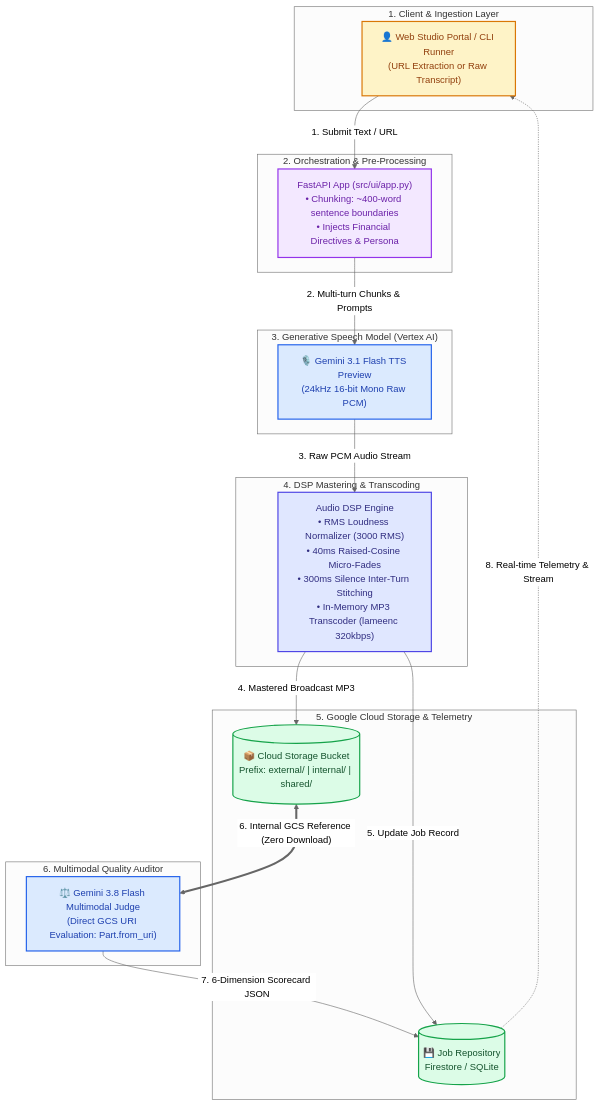
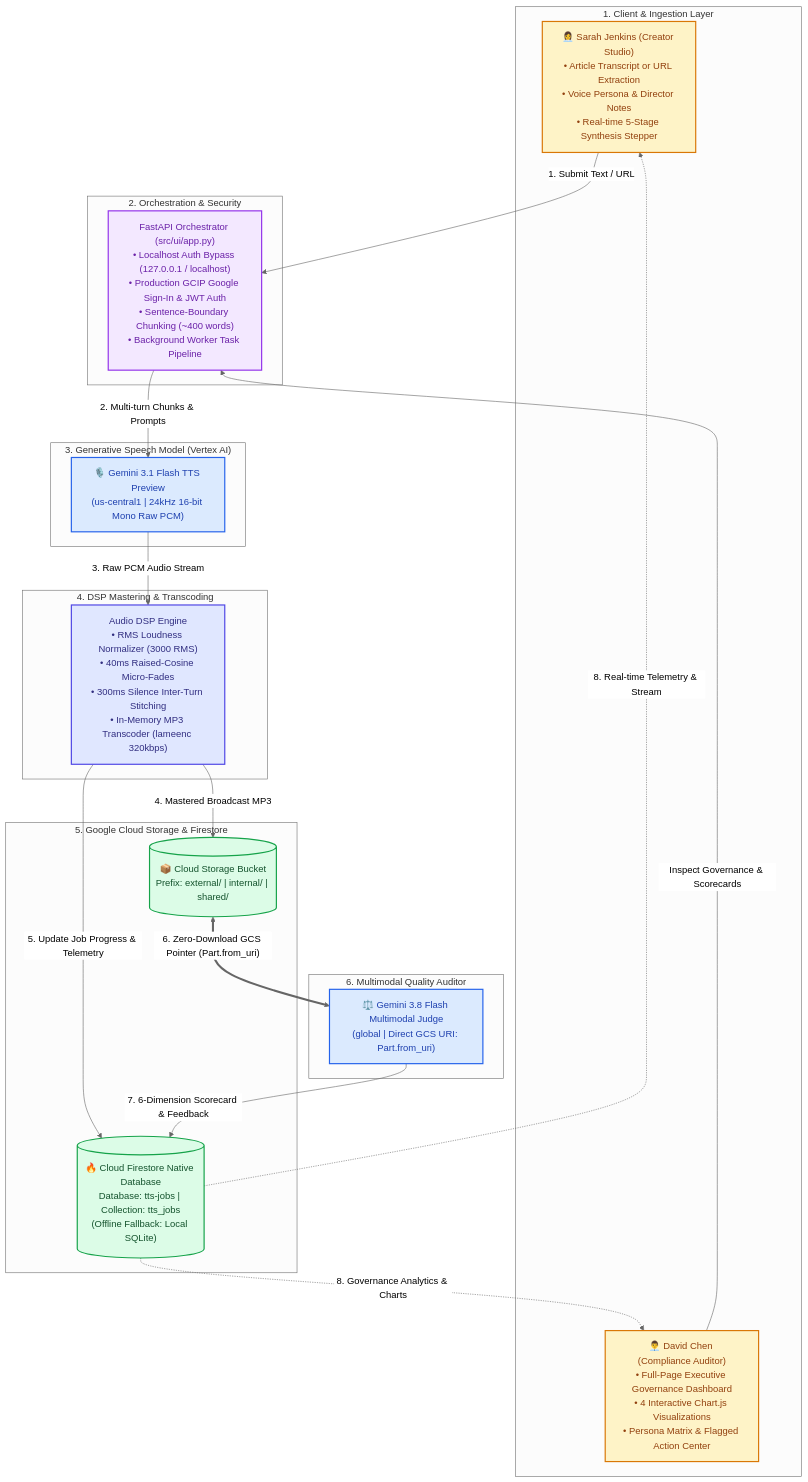
One commit to raju-rangan/tts-demo changed the diagram in README.md. Above: the diagram before and after it, drawn with Mermaid (neutral theme). The commit also changed other lines of this file and 1 other file, not shown here.

Commit message:
docs: draft update to README overview and diagrams

````diff
--- a/README.md
+++ b/README.md
@@ -19,49 +23,52 @@
 ```mermaid
 flowchart TD
     %% Styling
     classDef clientStyle fill:#FEF3C7,stroke:#D97706,stroke-width:2px,color:#92400E;
     classDef computeStyle fill:#F3E8FF,stroke:#9333EA,stroke-width:2px,color:#6B21A8;
     classDef aiStyle fill:#DBEAFE,stroke:#2563EB,stroke-width:2px,color:#1E40AF;
     classDef dspStyle fill:#E0E7FF,stroke:#4F46E5,stroke-width:2px,color:#312E81;
     classDef storageStyle fill:#DCFCE7,stroke:#16A34A,stroke-width:2px,color:#14532D;
 
     subgraph CLIENT["1. Client & Ingestion Layer"]
-        UI["👤 Web Studio Portal / CLI Runner<br/>(URL Extraction or Raw Transcript)"]
+        CREATOR["👩‍💼 Sarah Jenkins (Creator Studio)<br/>• Article Transcript or URL Extraction<br/>• Voice Persona & Director Notes<br/>• Real-time 5-Stage Synthesis Stepper"]
+        AUDITOR["👨‍💼 David Chen (Compliance Auditor)<br/>• Full-Page Executive Governance Dashboard<br/>• 4 Interactive Chart.js Visualizations<br/>• Persona Matrix & Flagged Action Center"]
     end
 
-    subgraph ORCHESTRATION["2. Orchestration & Pre-Processing"]
-        API["FastAPI App (src/ui/app.py)<br/>• Chunking: ~400-word sentence boundaries<br/>• Injects Financial Directives & Persona"]
+    subgraph ORCHESTRATION["2. Orchestration & Security"]
+        API["FastAPI Orchestrator (src/ui/app.py)<br/>• Localhost Auth Bypass (127.0.0.1 / localhost)<br/>• Production GCIP Google Sign-In & JWT Auth<br/>• Sentence-Boundary Chunking (~400 words)<br/>• Background Worker Task Pipeline"]
     end
 
     subgraph AI_GEN["3. Generative Speech Model (Vertex AI)"]
-        GEMINI_TTS["🎙️ Gemini 3.1 Flash TTS Preview<br/>(24kHz 16-bit Mono Raw PCM)"]
+        GEMINI_TTS["🎙️ Gemini 3.1 Flash TTS Preview<br/>(us-central1 | 24kHz 16-bit Mono Raw PCM)"]
     end
 
     subgraph DSP_CHAIN["4. DSP Mastering & Transcoding"]
         DSP["Audio DSP Engine<br/>• RMS Loudness Normalizer (3000 RMS)<br/>• 40ms Raised-Cosine Micro-Fades<br/>• 300ms Silence Inter-Turn Stitching<br/>• In-Memory MP3 Transcoder (lameenc 320kbps)"]
     end
 
-    subgraph PERSISTENCE["5. Google Cloud Storage & Telemetry"]
+    subgraph PERSISTENCE["5. Google Cloud Storage & Firestore"]
         GCS[("📦 Cloud Storage Bucket<br/>Prefix: external/ | internal/ | shared/")]
-        REPO[("💾 Job Repository<br/>Firestore / SQLite")]
+        FIRESTORE[("🔥 Cloud Firestore Native Database<br/>Database: tts-jobs | Collection: tts_jobs<br/>(Offline Fallback: Local SQLite)")]
     end
 
     subgraph AI_JUDGE["6. Multimodal Quality Auditor"]
-        JUDGE["⚖️ Gemini 3.8 Flash Multimodal Judge<br/>(Direct GCS URI Evaluation: Part.from_uri)"]
+        JUDGE["⚖️ Gemini 3.8 Flash Multimodal Judge<br/>(global | Direct GCS URI: Part.from_uri)"]
     end
 
-    UI -->|"1. Submit Text / URL"| API
+    CREATOR -->|"1. Submit Text / URL"| API
+    AUDITOR -->|"Inspect Governance & Scorecards"| API
     API -->|"2. Multi-turn Chunks & Prompts"| GEMINI_TTS
     GEMINI_TTS -->|"3. Raw PCM Audio Stream"| DSP
     DSP -->|"4. Mastered Broadcast MP3"| GCS
-    DSP -->|"5. Update Job Record"| REPO
-    GCS <== "6. Internal GCS Reference (Zero Download)" ==> JUDGE
-    JUDGE -->|"7. 6-Dimension Scorecard JSON"| REPO
-    REPO -.->|"8. Real-time Telemetry & Stream"| UI
+    DSP -->|"5. Update Job Progress & Telemetry"| FIRESTORE
+    GCS <== "6. Zero-Download GCS Pointer (Part.from_uri)" ==> JUDGE
+    JUDGE -->|"7. 6-Dimension Scorecard & Feedback"| FIRESTORE
+    FIRESTORE -.->|"8. Real-time Telemetry & Stream"| CREATOR
+    FIRESTORE -.->|"8. Governance Analytics & Charts"| AUDITOR
 
-    class UI clientStyle;
+    class CREATOR,AUDITOR clientStyle;
     class API computeStyle;
     class GEMINI_TTS,JUDGE aiStyle;
     class DSP dspStyle;
-    class GCS,REPO storageStyle;
+    class GCS,FIRESTORE storageStyle;
 ```
````
